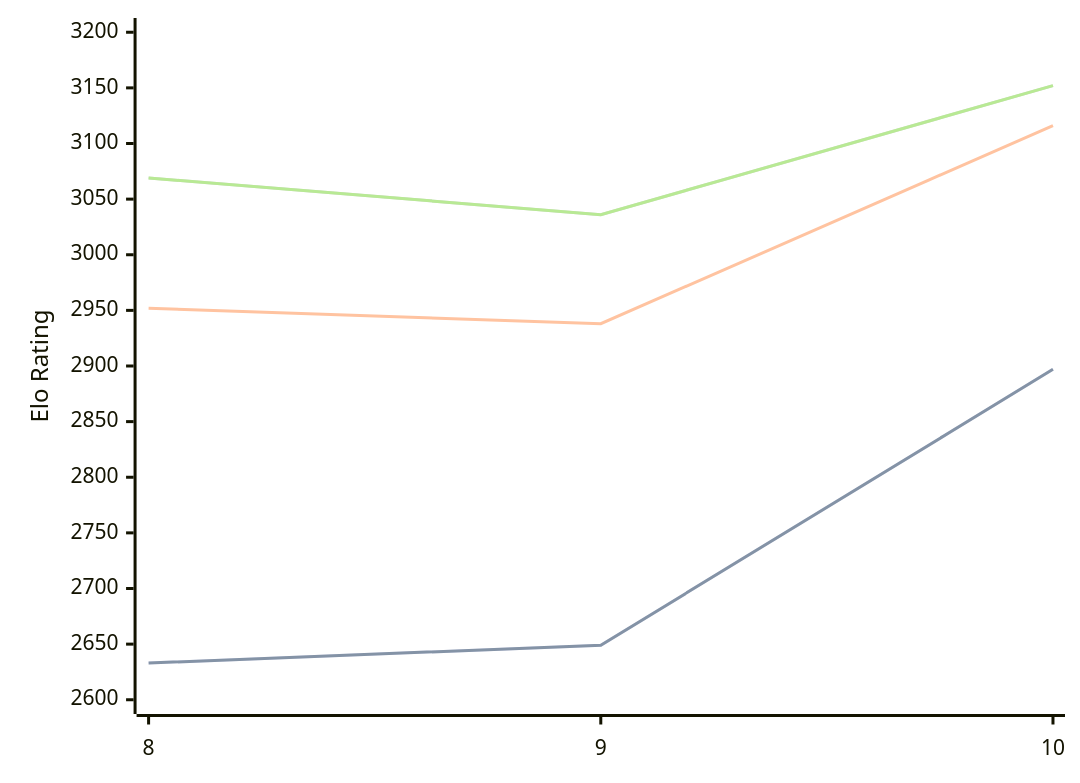
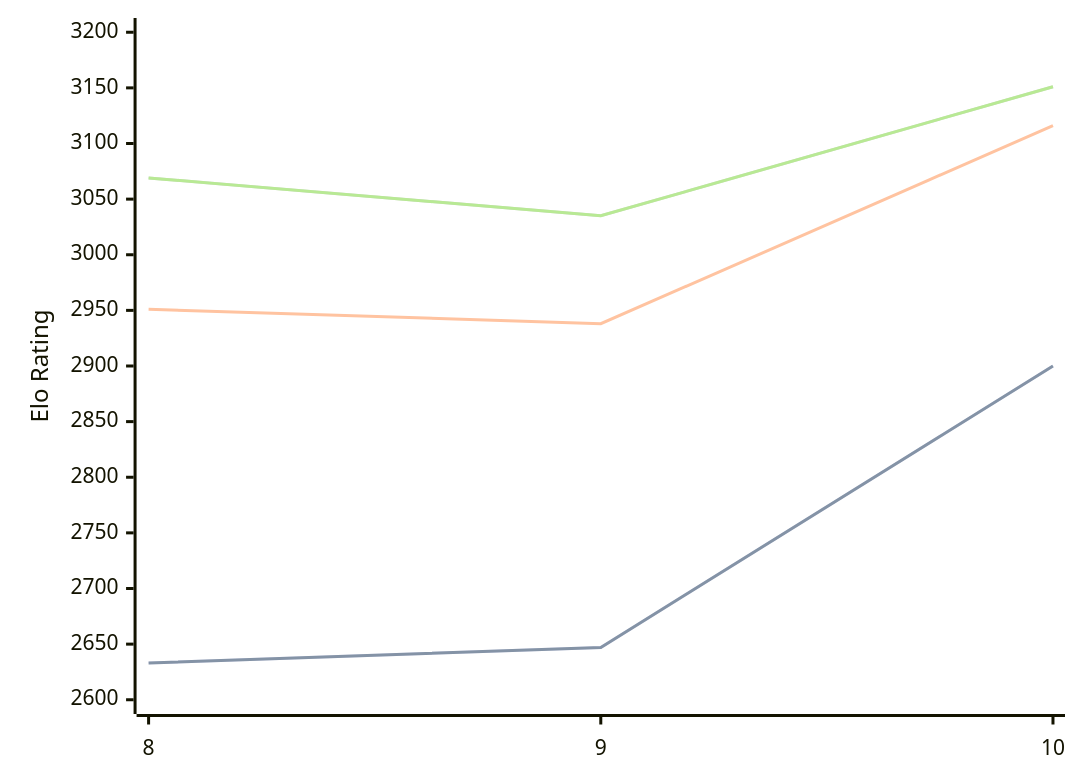
The diagram in engines/Lozza.md (computer-chess-index/cci), drawn with Mermaid before and after one commit. The commit also changed other lines of this file, not shown here.

Commit message:
Update CCI Ratings (ELO VLTC) - 2026-04-16

````diff
--- a/engines/Lozza.md
+++ b/engines/Lozza.md
@@ -41,11 +41,11 @@
 ```mermaid
 %%{init: {"theme":"base","themeVariables":{"seriesColors:['#a3a3a3','#222221','#faa371']}}}%%
 xychart-beta
   x-axis ["8", "9", "10"]
   y-axis "Elo Rating" 2600 --> 3200
-  line "STC (8.0+0.08s)" [2633, 2649, 2897]
-  line "STC (8.0+0.08s)" [2633, 2649, 2897]
-  line "LTC (60.0+0.60s)" [2952, 2938, 3116]
-  line "VLTC (2m24s+1.12s)" [3069, 3036, 3152]
-  line "VLTC (2m24s+1.12s)" [3069, 3036, 3152]
+  line "STC (8.0+0.08s)" [2633, 2647, 2900]
+  line "STC (8.0+0.08s)" [2633, 2647, 2900]
+  line "LTC (60.0+0.60s)" [2951, 2938, 3116]
+  line "VLTC (2m24s+1.12s)" [3069, 3035, 3151]
+  line "VLTC (2m24s+1.12s)" [3069, 3035, 3151]
 ```
````
